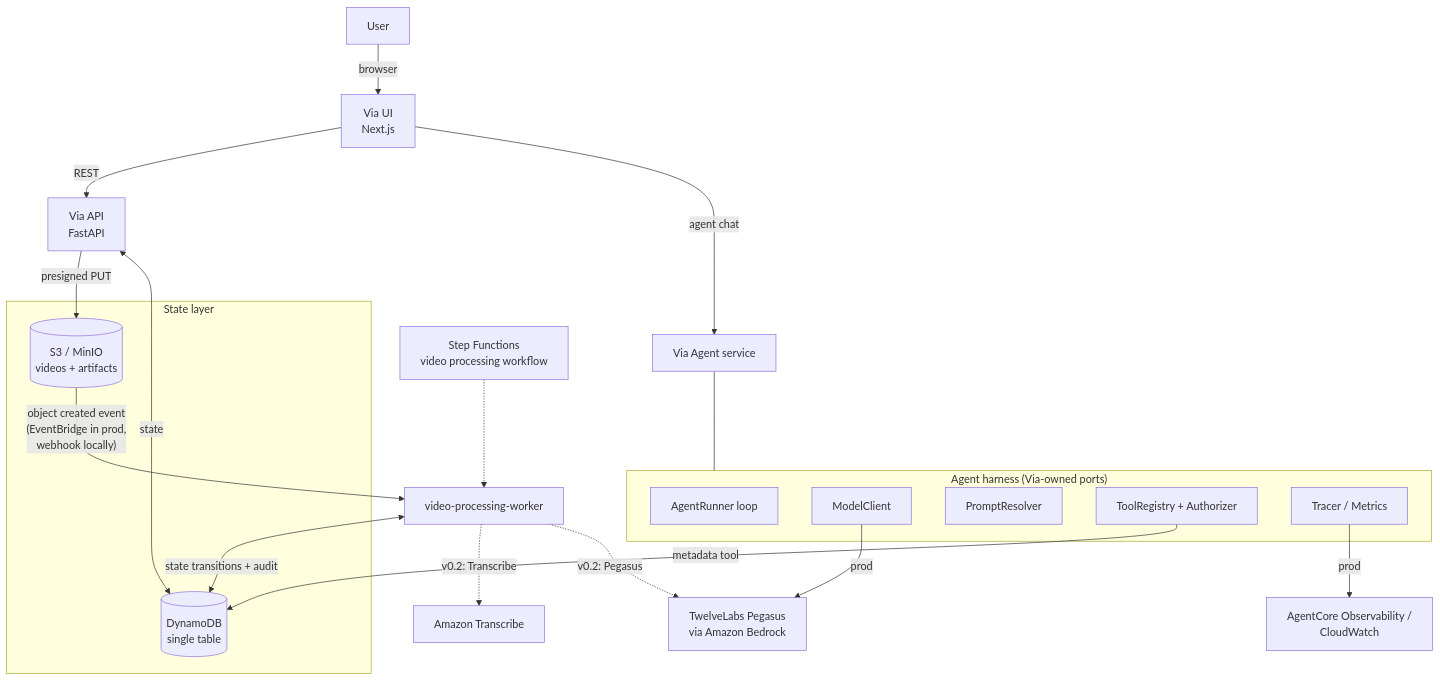
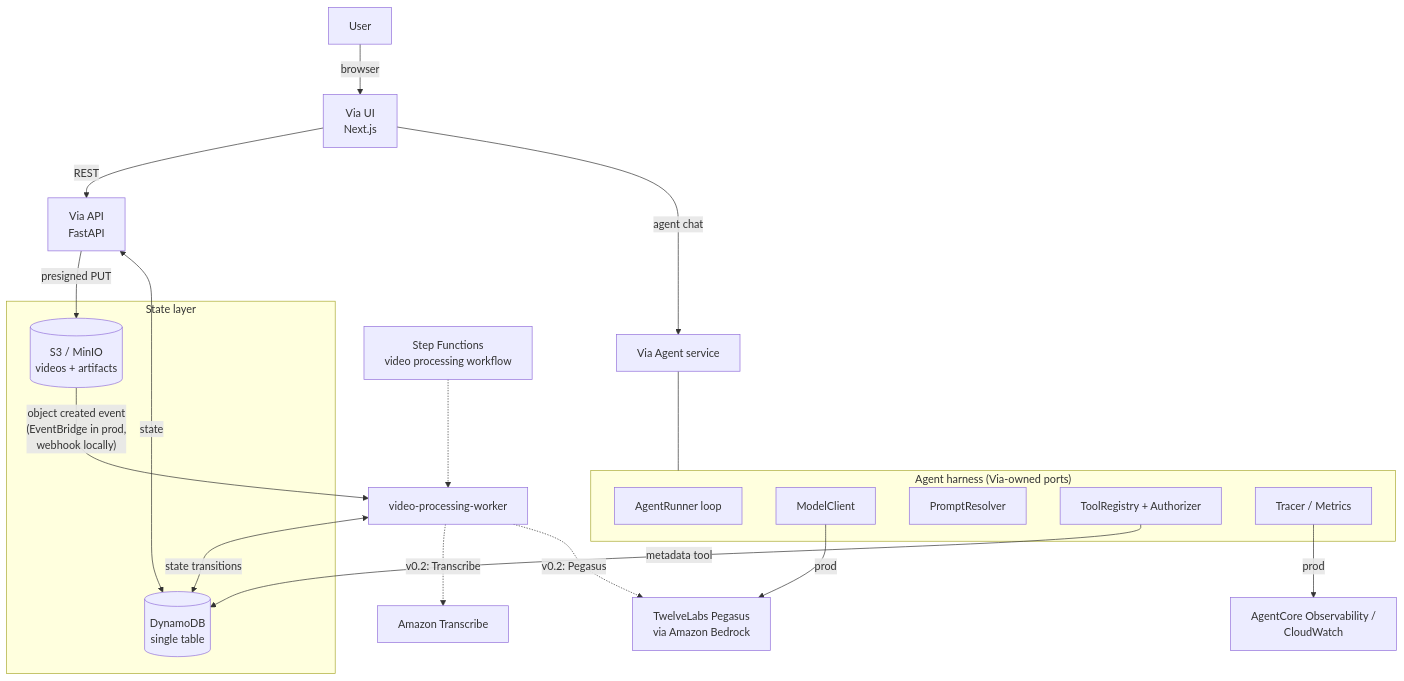
One commit to hsmahon/via changed the diagram in docs/architecture.md. Above: the diagram before and after it, drawn with Mermaid. The commit also changed other lines of this file and 14 other files, not shown here.

````diff
--- a/docs/architecture.md
+++ b/docs/architecture.md
@@ -8,33 +8,33 @@
 ```mermaid
 flowchart TB
     User[User] -->|browser| UI["Via UI\nNext.js"]
     UI -->|REST| API["Via API\nFastAPI"]
 
     subgraph Storage["State layer"]
         S3[(S3 / MinIO\nvideos + artifacts)]
         DDB[(DynamoDB\nsingle table)]
     end
 
     API -->|presigned PUT| S3
     API <-->|state| DDB
 
     S3 -->|"object created event\n(EventBridge in prod,\nwebhook locally)"| Worker["video-processing-worker"]
-    Worker <-->|state transitions + audit| DDB
+    Worker <-->|state transitions| DDB
     Worker -.->|v0.2: Transcribe| T[Amazon Transcribe]
     Worker -.->|v0.2: Pegasus| P[TwelveLabs Pegasus\nvia Amazon Bedrock]
 
     UI -->|agent chat| Agent["Via Agent service"]
     subgraph Harness["Agent harness (Via-owned ports)"]
         R[AgentRunner loop]
         M[ModelClient]
         PR[PromptResolver]
         TR[ToolRegistry + Authorizer]
         O[Tracer / Metrics]
     end
     Agent --- Harness
     M -->|prod| P
     TR -->|metadata tool| DDB
     O -->|prod| OBS[AgentCore Observability /\nCloudWatch]
 
     SFN[Step Functions\nvideo processing workflow] -.-> Worker
 ```
````
